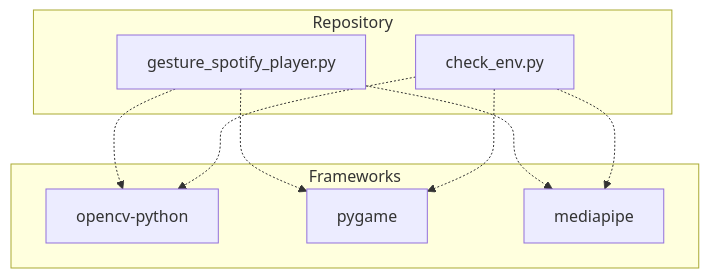
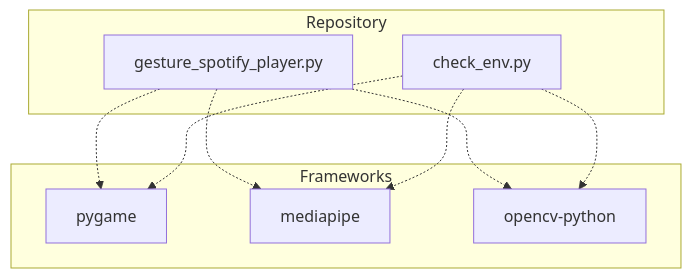
One commit to NITISH-R-G/PalmPlay1 changed the diagram in .github/docs/architecture.md. Above: the diagram before and after it, drawn with Mermaid. The commit also changed 3 other files, not shown here.

Commit message:
docs: update repository documentation and diagrams [skip ci]

````diff
--- a/.github/docs/architecture.md
+++ b/.github/docs/architecture.md
@@ -3,20 +3,20 @@
 ```mermaid
 graph TD
     subgraph Repository
         gesture_spotify_player_py[gesture_spotify_player.py]
         check_env_py[check_env.py]
-        click gesture_spotify_player_py href "https://github.com/NITISH-R-G/PalmPlay1/blob/1/merge/gesture_spotify_player.py" "View source code"
-        click check_env_py href "https://github.com/NITISH-R-G/PalmPlay1/blob/1/merge/check_env.py" "View source code"
+        click gesture_spotify_player_py href "https://github.com/NITISH-R-G/PalmPlay1/blob/main/gesture_spotify_player.py" "View source code"
+        click check_env_py href "https://github.com/NITISH-R-G/PalmPlay1/blob/main/check_env.py" "View source code"
     end
     subgraph Frameworks
-        fw_opencv_python[opencv-python]
         fw_pygame[pygame]
         fw_mediapipe[mediapipe]
+        fw_opencv_python[opencv-python]
     end
-    gesture_spotify_player_py -.-> fw_opencv_python
     gesture_spotify_player_py -.-> fw_pygame
     gesture_spotify_player_py -.-> fw_mediapipe
-    check_env_py -.-> fw_opencv_python
+    gesture_spotify_player_py -.-> fw_opencv_python
     check_env_py -.-> fw_pygame
     check_env_py -.-> fw_mediapipe
+    check_env_py -.-> fw_opencv_python
 ```
````
